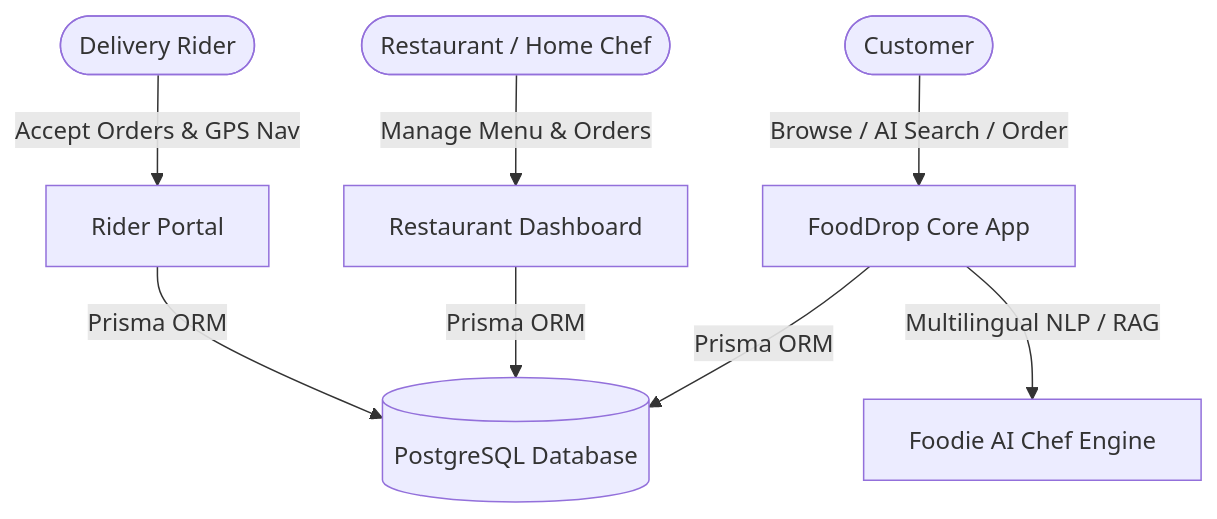
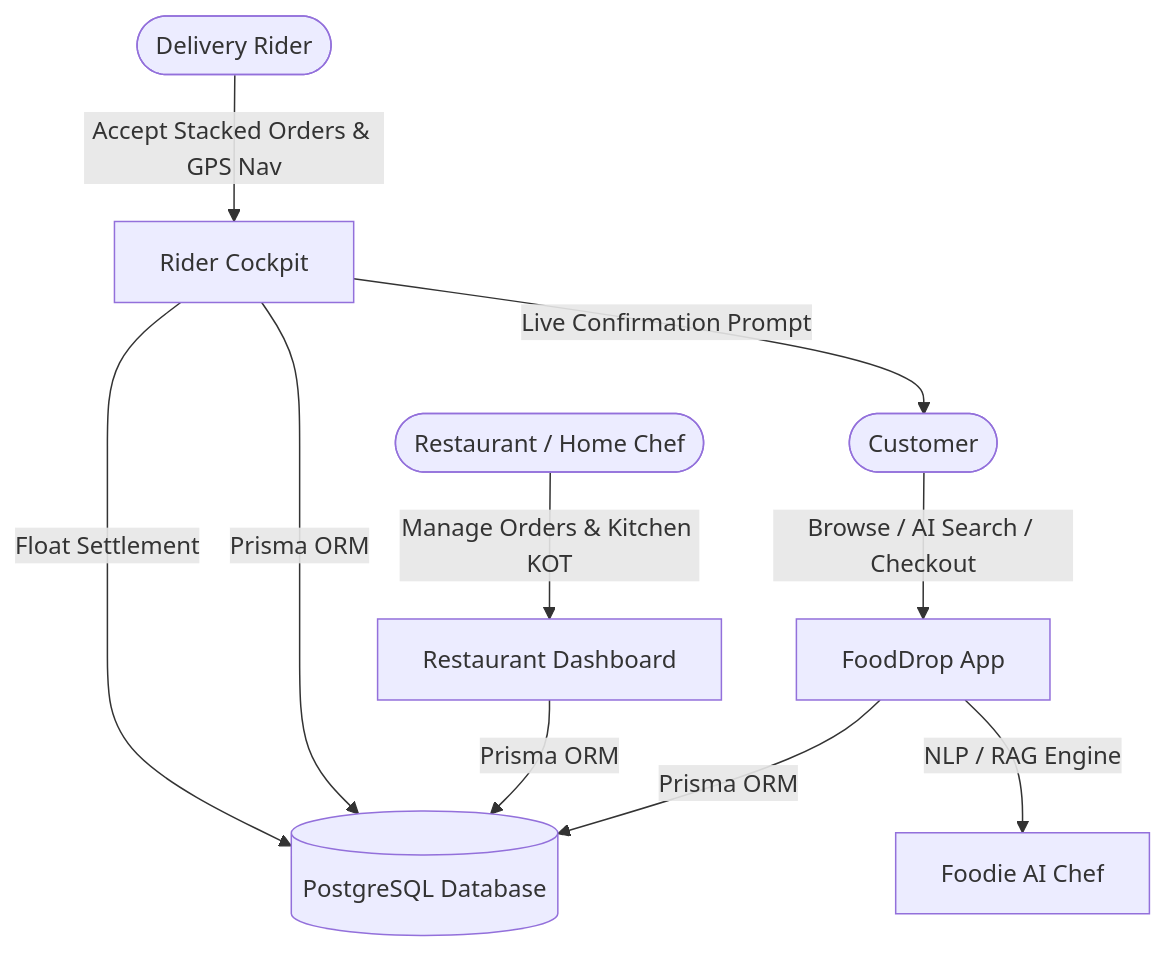
Before and after one commit to FoodDrop-SDP4/FoodDrop: the diagram in README.md, drawn with Mermaid. The commit also changed other lines of this file and 2 other files, not shown here.

Commit message:
feat: implement PWA support, database schema, and core order management APIs

````diff
--- a/README.md
+++ b/README.md
@@ -65,10 +75,14 @@
 ```mermaid
 graph TD
-    User([Customer]) -->|Browse / AI Search / Order| App[FoodDrop Core App]
-    Owner([Restaurant / Home Chef]) -->|Manage Menu & Orders| Dashboard[Restaurant Dashboard]
-    Rider([Delivery Rider]) -->|Accept Orders & GPS Nav| RiderPortal[Rider Portal]
-    App -->|Prisma ORM| DB[(PostgreSQL Database)]
-    Dashboard -->|Prisma ORM| DB
+    User([Customer]) -->|Browse / AI Search / Checkout| CoreApp[FoodDrop App]
+    Owner([Restaurant / Home Chef]) -->|Manage Orders & Kitchen KOT| RestPortal[Restaurant Dashboard]
+    Rider([Delivery Rider]) -->|Accept Stacked Orders & GPS Nav| RiderPortal[Rider Cockpit]
+    
+    CoreApp -->|Prisma ORM| DB[(PostgreSQL Database)]
+    RestPortal -->|Prisma ORM| DB
     RiderPortal -->|Prisma ORM| DB
-    App -->|Multilingual NLP / RAG| AIChef[Foodie AI Chef Engine]
+    
+    CoreApp -->|NLP / RAG Engine| AIChef[Foodie AI Chef]
+    RiderPortal -->|Live Confirmation Prompt| User
+    RiderPortal -->|Float Settlement| DB
 ```
````
